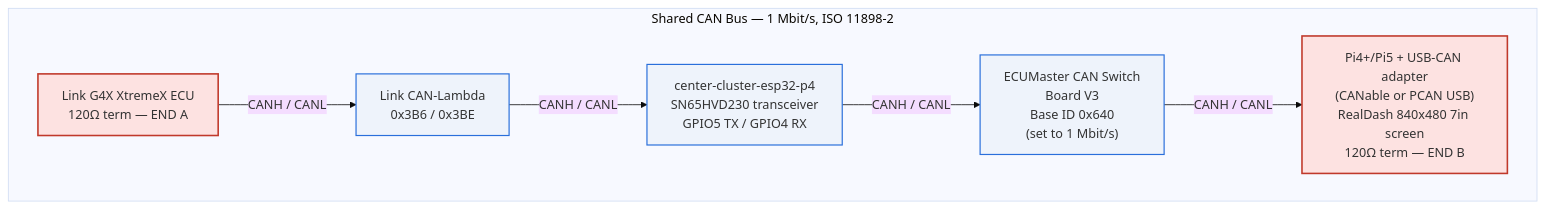
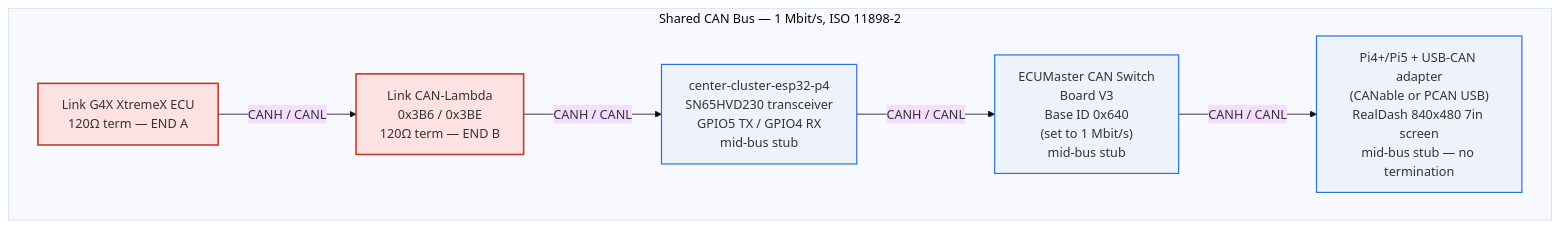
One commit to living-relation/st185-link-ecu-config changed the diagram in WIRING.md. Above: the diagram before and after it, drawn with Mermaid (base theme). The commit also changed other lines of this file and 2 other files, not shown here.

First line of the commit message:
Propagate settled CAN termination + fix stale nine-loom count

````diff
--- a/WIRING.md
+++ b/WIRING.md
@@ -68,21 +68,21 @@
 ```mermaid
 graph LR
     subgraph BUS["Shared CAN Bus — 1 Mbit/s, ISO 11898-2"]
         direction LR
         ECU["Link G4X XtremeX ECU<br/>120Ω term — END A"]
-        LAMBDA["Link CAN-Lambda<br/>0x3B6 / 0x3BE"]
-        CENTER["center-cluster-esp32-p4<br/>SN65HVD230 transceiver<br/>GPIO5 TX / GPIO4 RX"]
-        SWB["ECUMaster CAN Switch<br/>Board V3<br/>Base ID 0x640<br/>(set to 1 Mbit/s)"]
-        PI5["Pi4+/Pi5 + USB-CAN adapter<br/>(CANable or PCAN USB)<br/>RealDash 840x480 7in screen<br/>120Ω term — END B"]
+        LAMBDA["Link CAN-Lambda<br/>0x3B6 / 0x3BE<br/>120Ω term — END B"]
+        CENTER["center-cluster-esp32-p4<br/>SN65HVD230 transceiver<br/>GPIO5 TX / GPIO4 RX<br/>mid-bus stub"]
+        SWB["ECUMaster CAN Switch<br/>Board V3<br/>Base ID 0x640<br/>(set to 1 Mbit/s)<br/>mid-bus stub"]
+        PI5["Pi4+/Pi5 + USB-CAN adapter<br/>(CANable or PCAN USB)<br/>RealDash 840x480 7in screen<br/>mid-bus stub — no termination"]
 
         ECU -- "CANH / CANL" --> LAMBDA
         LAMBDA -- "CANH / CANL" --> CENTER
         CENTER -- "CANH / CANL" --> SWB
         SWB -- "CANH / CANL" --> PI5
     end
 
     classDef term fill:#fde2e1,stroke:#c0392b,stroke-width:2px;
     classDef node fill:#eef3fb,stroke:#2a6fdb,stroke-width:1.5px;
-    class ECU,PI5 term;
-    class CENTER,SWB node;
+    class ECU,LAMBDA term;
+    class CENTER,SWB,PI5 node;
 ```
````
